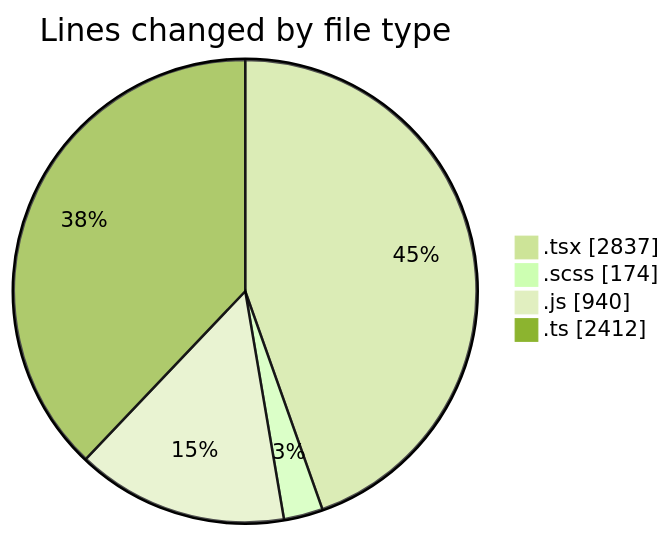
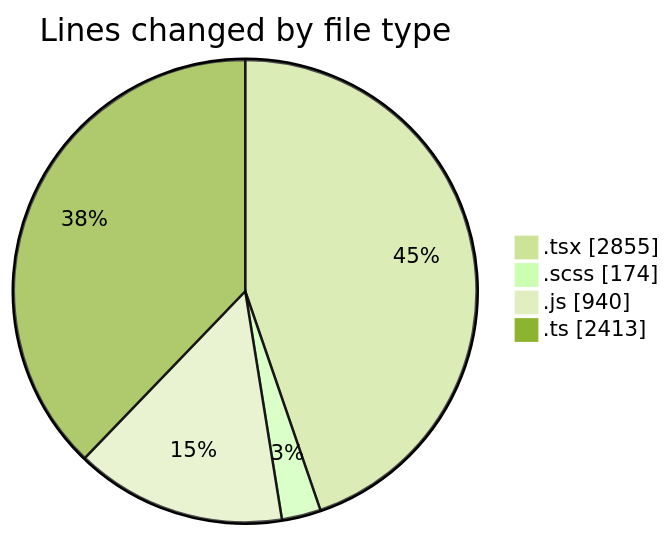
One commit to momahboobian/code-tracking changed the first of 2 diagrams in 2026-07-15/cda/README.md. Above: the diagram before and after it, drawn with Mermaid (forest theme). The commit also changed other lines of this file and 1 other file, not shown here.

````diff
--- a/2026-07-15/cda/README.md
+++ b/2026-07-15/cda/README.md
@@ -51,8 +51,8 @@
 ```mermaid
 pie showData
 title Lines changed by file type
-".tsx" : 2837
+".tsx" : 2855
 ".scss" : 174
 ".js" : 940
-".ts" : 2412
+".ts" : 2413
 ```
````
